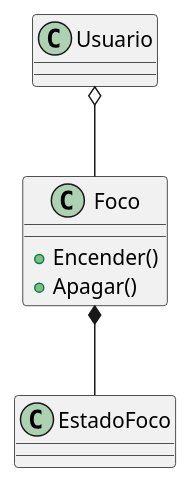
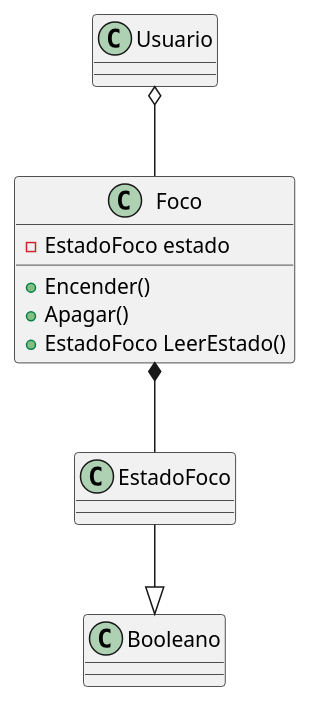
The diagram in docs/foco.puml (AlexisInfante73/3E261-SegundoParcial), drawn with PlantUML before and after one commit. The commit also changed 4 other files, not shown here.

```diff
--- a/docs/foco.puml
+++ b/docs/foco.puml
@@ -1,13 +1,18 @@
 @startuml foco
 
 class Usuario
+
 class Foco{
+    - EstadoFoco estado
     + Encender()
     + Apagar()
+    + EstadoFoco LeerEstado()
 }
 class EstadoFoco
 
+
 Usuario o-- Foco
 Foco *-- EstadoFoco
+EstadoFoco --|> Booleano
 
 @enduml
```
